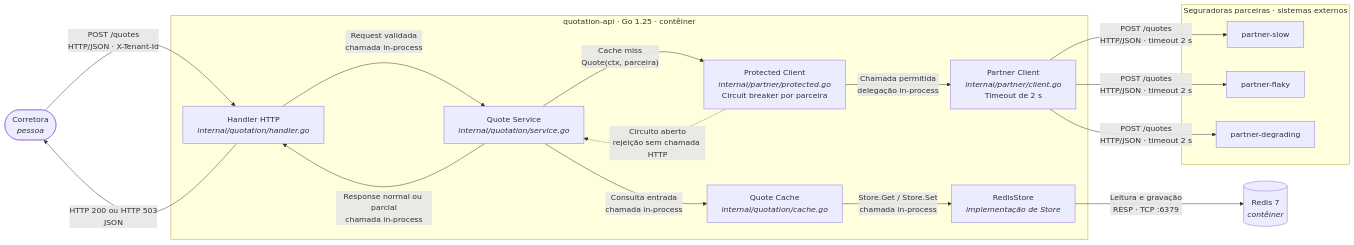
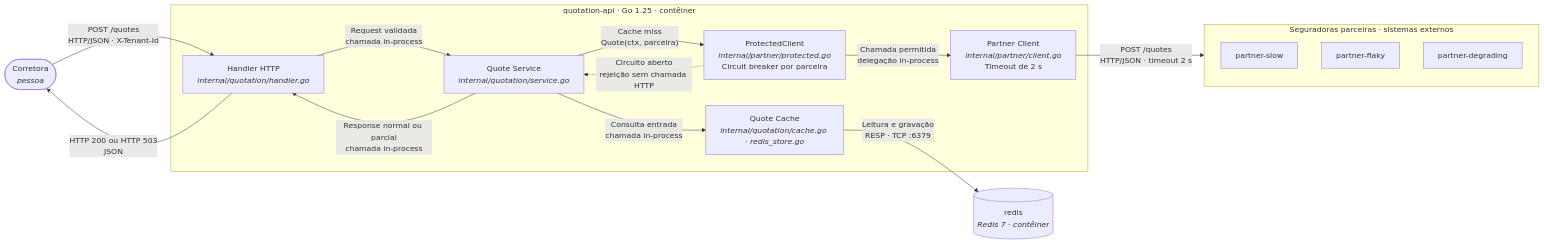
Before and after one commit to NathanPatrzyk/mba_arquitetura_desafio_cotacao_seguros: the fifth of 5 diagrams in docs/sad.md, drawn with Mermaid. The commit also changed other lines of this file, not shown here.

````diff
--- a/docs/sad.md
+++ b/docs/sad.md
@@ -456,39 +522,31 @@
 ```mermaid
 flowchart LR
     corretora(["Corretora<br/><i>pessoa</i>"])
 
     subgraph api["quotation-api · Go 1.25 · contêiner"]
         handler["Handler HTTP<br/><i>internal/quotation/handler.go</i>"]
         service["Quote Service<br/><i>internal/quotation/service.go</i>"]
-        cache["Quote Cache<br/><i>internal/quotation/cache.go</i>"]
-        redisstore["RedisStore<br/><i>implementação de Store</i>"]
-        breaker["Protected Client<br/><i>internal/partner/protected.go</i><br/>Circuit breaker por parceira"]
+        cache["Quote Cache<br/><i>internal/quotation/cache.go · redis_store.go</i>"]
+        breaker["ProtectedClient<br/><i>internal/partner/protected.go</i><br/>Circuit breaker por parceira"]
         client["Partner Client<br/><i>internal/partner/client.go</i><br/>Timeout de 2 s"]
     end
 
-    redis[("Redis 7<br/><i>contêiner</i>")]
+    redis[("redis<br/><i>Redis 7 · contêiner</i>")]
 
     subgraph seguradoras["Seguradoras parceiras · sistemas externos"]
         slow["partner-slow"]
         flaky["partner-flaky"]
         degrading["partner-degrading"]
     end
 
     corretora -->|"POST /quotes<br/>HTTP/JSON · X-Tenant-Id"| handler
     handler -->|"Request validada<br/>chamada in-process"| service
-
     service -->|"Consulta entrada<br/>chamada in-process"| cache
-    cache -->|"Store.Get / Store.Set<br/>chamada in-process"| redisstore
-    redisstore -->|"Leitura e gravação<br/>RESP · TCP :6379"| redis
-
+    cache -->|"Leitura e gravação<br/>RESP · TCP :6379"| redis
     service -->|"Cache miss<br/>Quote(ctx, parceira)"| breaker
     breaker -->|"Chamada permitida<br/>delegação in-process"| client
     breaker -.->|"Circuito aberto<br/>rejeição sem chamada HTTP"| service
-
-    client -->|"POST /quotes<br/>HTTP/JSON · timeout 2 s"| slow
-    client -->|"POST /quotes<br/>HTTP/JSON · timeout 2 s"| flaky
-    client -->|"POST /quotes<br/>HTTP/JSON · timeout 2 s"| degrading
-
+    client -->|"POST /quotes<br/>HTTP/JSON · timeout 2 s"| seguradoras
     service -->|"Response normal ou parcial<br/>chamada in-process"| handler
     handler -->|"HTTP 200 ou HTTP 503<br/>JSON"| corretora
 ```
````
